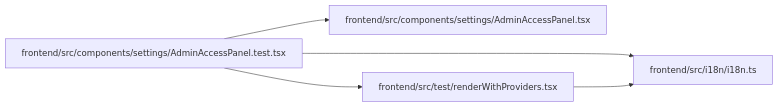
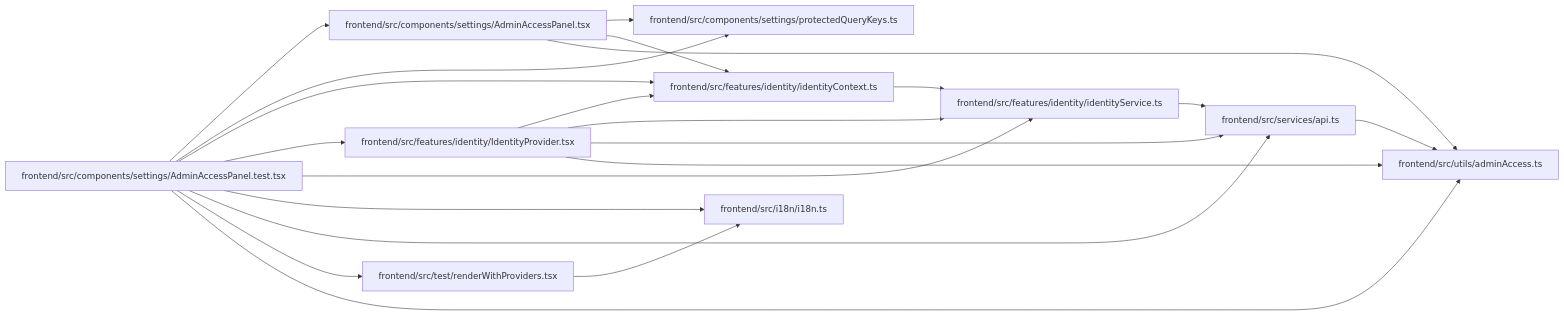
The diagram in docs/llm_wiki/modules/AdminAccessPanel.test.md (Denissvgn/WorkChord), drawn with Mermaid before and after one commit. The commit also changed other lines of this file and 2373 other files, not shown here.

````diff
--- a/docs/llm_wiki/modules/AdminAccessPanel.test.md
+++ b/docs/llm_wiki/modules/AdminAccessPanel.test.md
@@ -29,15 +39,43 @@
 ```mermaid
 flowchart LR
     n0["frontend/src/components/settings/AdminAccessPanel.test.tsx"]
     n1["frontend/src/components/settings/AdminAccessPanel.tsx"]
-    n2["frontend/src/i18n/i18n.ts"]
-    n3["frontend/src/test/renderWithProviders.tsx"]
+    n2["frontend/src/components/settings/protectedQueryKeys.ts"]
+    n3["frontend/src/features/identity/identityContext.ts"]
+    n4["frontend/src/features/identity/IdentityProvider.tsx"]
+    n5["frontend/src/features/identity/identityService.ts"]
+    n6["frontend/src/i18n/i18n.ts"]
+    n7["frontend/src/services/api.ts"]
+    n8["frontend/src/test/renderWithProviders.tsx"]
+    n9["frontend/src/utils/adminAccess.ts"]
     n0 --> n1
     n0 --> n2
     n0 --> n3
-    n3 --> n2
+    n0 --> n4
+    n0 --> n5
+    n0 --> n6
+    n0 --> n7
+    n0 --> n8
+    n0 --> n9
+    n1 --> n2
+    n1 --> n3
+    n1 --> n9
+    n3 --> n5
+    n4 --> n3
+    n4 --> n5
+    n4 --> n7
+    n4 --> n9
+    n5 --> n7
+    n7 --> n9
+    n8 --> n6
     click n0 "../modules/AdminAccessPanel.test.md"
     click n1 "../modules/AdminAccessPanel.md"
-    click n2 "../modules/i18n.md"
-    click n3 "../modules/renderWithProviders.md"
+    click n2 "../modules/protectedQueryKeys.md"
+    click n3 "../modules/identityContext.md"
+    click n4 "../modules/IdentityProvider.md"
+    click n5 "../modules/identityService.md"
+    click n6 "../modules/i18n.md"
+    click n7 "../modules/api.md"
+    click n8 "../modules/renderWithProviders.md"
+    click n9 "../modules/adminAccess.md"
 ```
````
